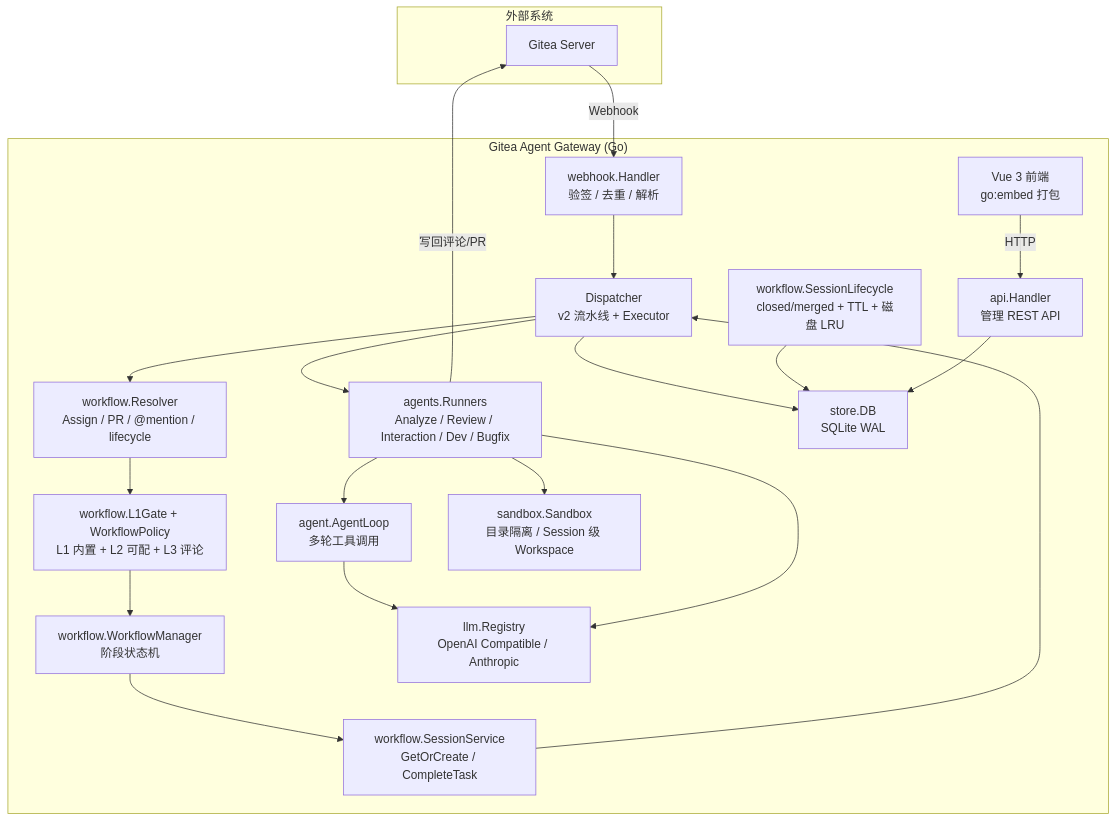
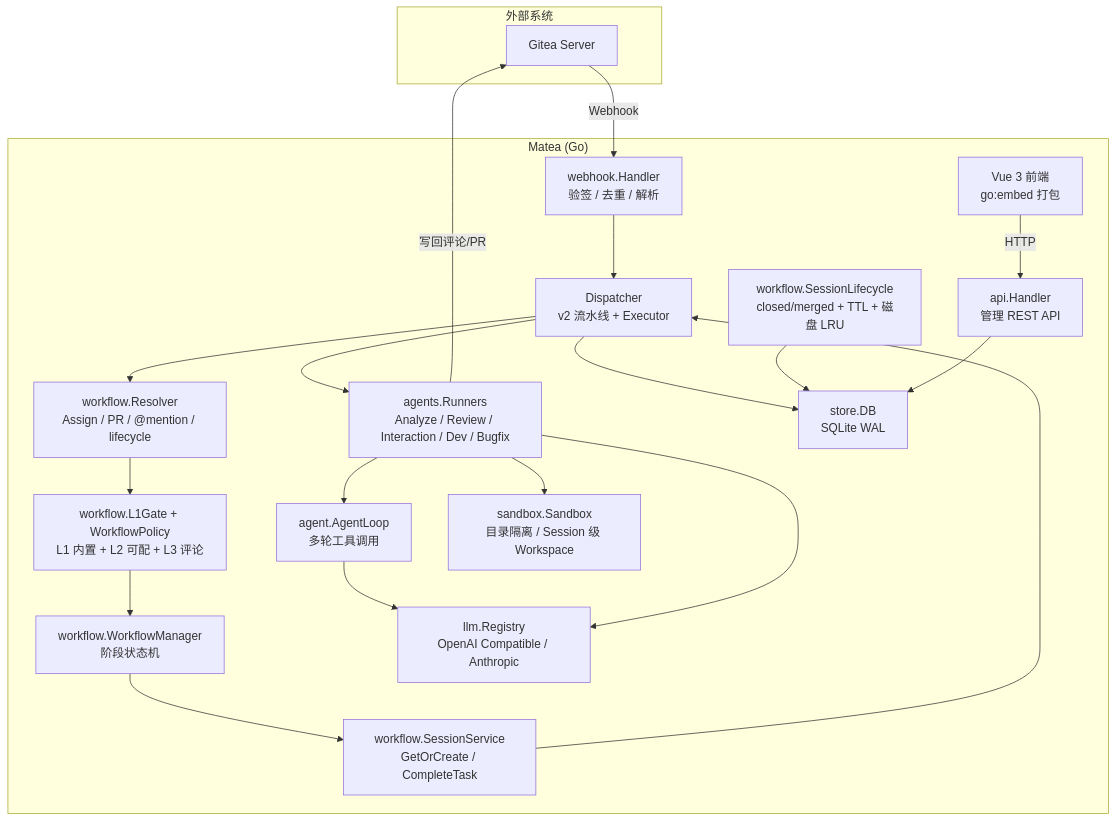
One commit to jeeinn/ai-dev changed the second of 6 diagrams in docs/ARCHITECTURE.md. Above: the diagram before and after it, drawn with Mermaid. The commit also changed other lines of this file and 137 other files, not shown here.

First line of the commit message:
chore: rename project from gitea-agent-gateway to Matea

````diff
--- a/docs/ARCHITECTURE.md
+++ b/docs/ARCHITECTURE.md
@@ -55,41 +55,41 @@
 ```mermaid
 graph TB
     subgraph 外部系统
         GITEA[Gitea Server]
     end
 
-    subgraph Gateway["Gitea Agent Gateway (Go)"]
+    subgraph Gateway["Matea (Go)"]
         WH[webhook.Handler<br/>验签 / 去重 / 解析]
         RES[workflow.Resolver<br/>Assign / PR / @mention / lifecycle]
         SESS[workflow.SessionService<br/>GetOrCreate / CompleteTask]
         WF[workflow.WorkflowManager<br/>阶段状态机]
         GATE[workflow.L1Gate + WorkflowPolicy<br/>L1 内置 + L2 可配 + L3 评论]
         LIFECYCLE[workflow.SessionLifecycle<br/>closed/merged + TTL + 磁盘 LRU]
         DISP[Dispatcher<br/>v2 流水线 + Executor]
         RUNNERS[agents.Runners<br/>Analyze / Review / Interaction / Dev / Bugfix]
         AL[agent.AgentLoop<br/>多轮工具调用]
         LLM[llm.Registry<br/>OpenAI Compatible / Anthropic]
         SB[sandbox.Sandbox<br/>目录隔离 / Session 级 Workspace]
         STORE[store.DB<br/>SQLite WAL]
         API[api.Handler<br/>管理 REST API]
         WEB[Vue 3 前端<br/>go:embed 打包]
     end
 
     GITEA -->|Webhook| WH
     WH --> DISP
     DISP --> RES
     RES --> GATE
     GATE --> WF
     WF --> SESS
     SESS --> DISP
     DISP --> RUNNERS
     RUNNERS --> AL
     AL --> LLM
     RUNNERS --> SB
     RUNNERS --> LLM
     DISP --> STORE
     LIFECYCLE --> STORE
     RUNNERS -->|写回评论/PR| GITEA
     API --> STORE
     WEB -->|HTTP| API
 ```
````
